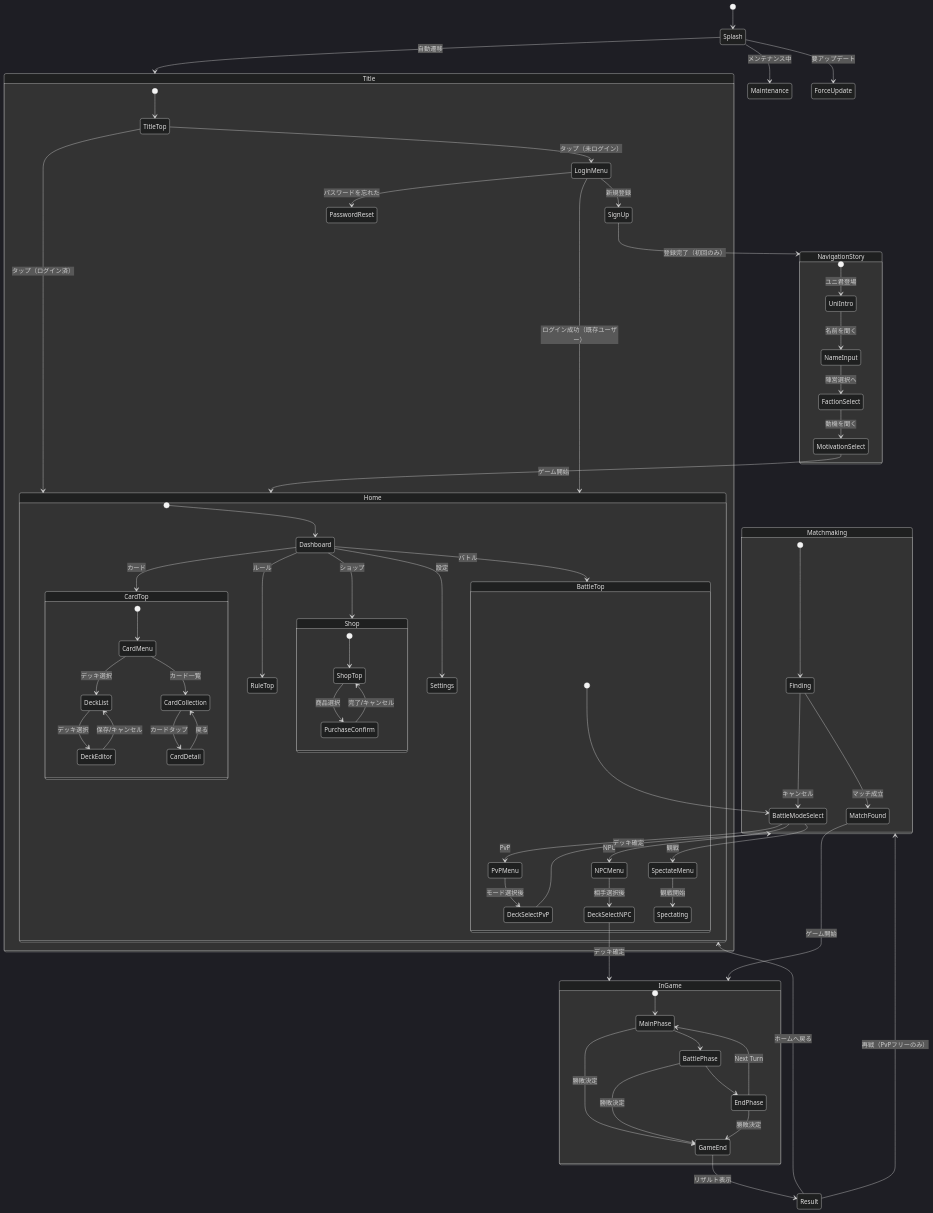
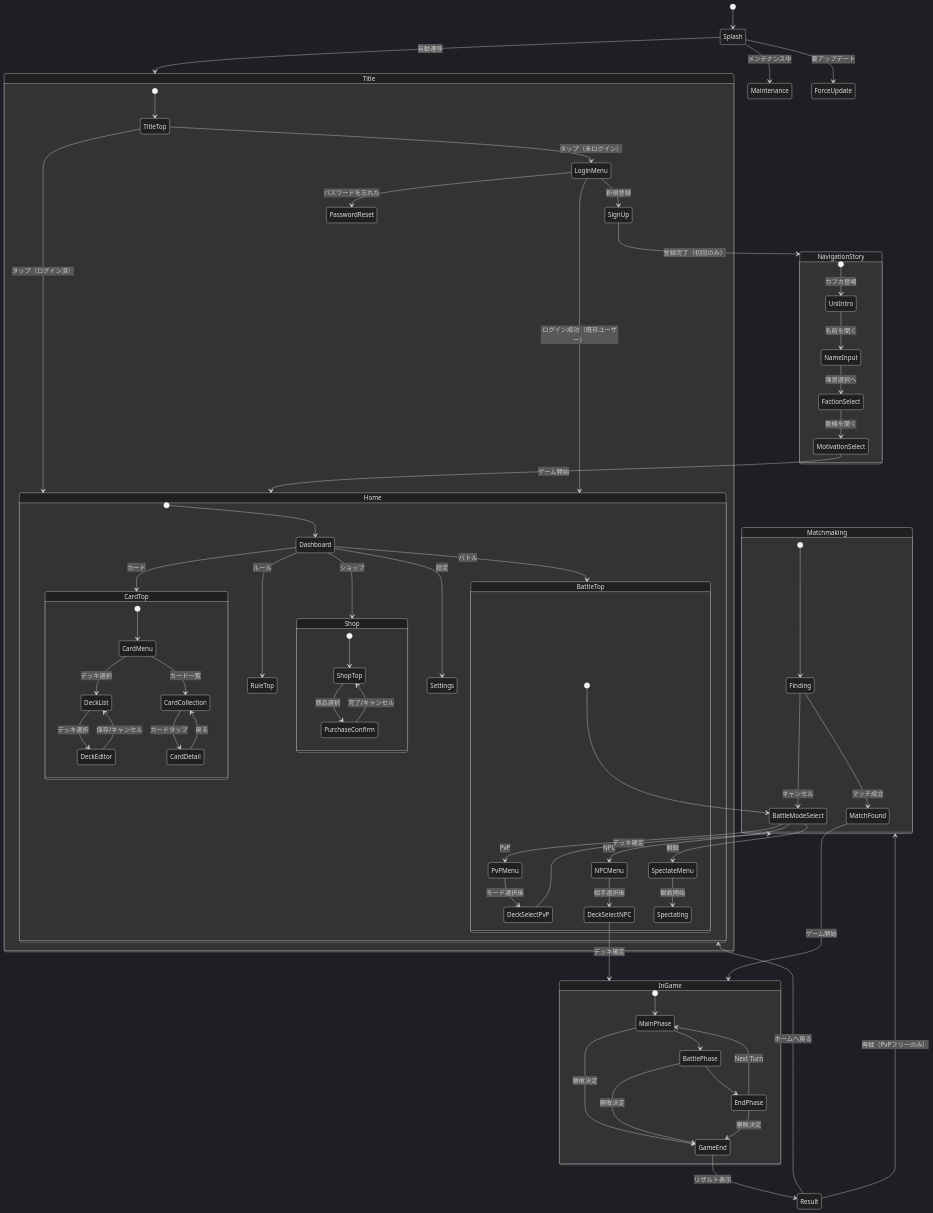
One commit to kenyamaneko/overload-party-common changed the diagram in docs/UI_DESIGN.md. Above: the diagram before and after it, drawn with Mermaid (dark theme). The commit also changed other lines of this file and 2 other files, not shown here.

```diff
--- a/docs/UI_DESIGN.md
+++ b/docs/UI_DESIGN.md
@@ -33,7 +33,7 @@
     SignUp --> NavigationStory: 登録完了（初回のみ）
 
     state NavigationStory {
-        [*] --> UniIntro: ユニ君登場
+        [*] --> UniIntro: カフカ登場
         UniIntro --> NameInput: 名前を聞く
         NameInput --> FactionSelect: 陣営選択へ
         FactionSelect --> MotivationSelect: 動機を聞く
```
